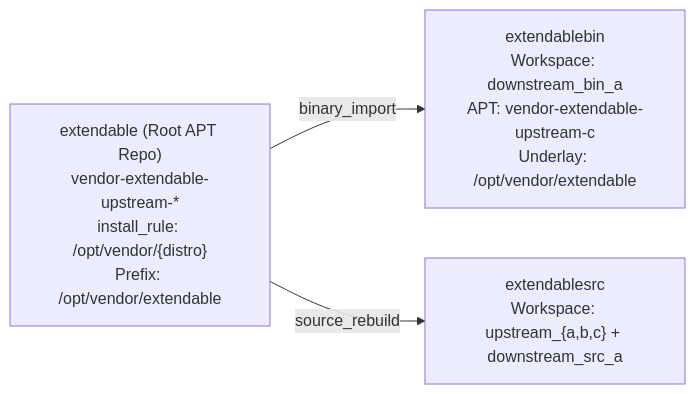
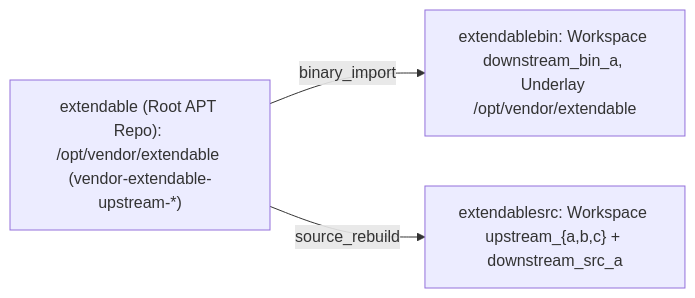
One commit to KmoM88/rep159-testing changed the fourth of 8 diagrams in TOPOLOGICAL_TESTING_EVIDENCE_GIST.md. Above: the diagram before and after it, drawn with Mermaid. The commit also changed other lines of this file and 15 other files, not shown here.

Commit message:
Consolidate Stage 1-6 docs in roadmap/ with Mermaid core vs testbed diagrams, update rollout/PR plans, and sync Gist

````diff
--- a/TOPOLOGICAL_TESTING_EVIDENCE_GIST.md
+++ b/TOPOLOGICAL_TESTING_EVIDENCE_GIST.md
@@ -121,5 +155,5 @@
 ```mermaid
-graph LR
-    E1["extendable (Root APT Repo)<br/>vendor-extendable-upstream-*<br/>install_rule: /opt/vendor/{distro}<br/>Prefix: /opt/vendor/extendable"] -->|binary_import| EB1["extendablebin<br/>Workspace: downstream_bin_a<br/>APT: vendor-extendable-upstream-c<br/>Underlay: /opt/vendor/extendable"]
-    E1 -->|source_rebuild| ES1["extendablesrc<br/>Workspace: upstream_{a,b,c} + downstream_src_a"]
+flowchart LR
+    E1["extendable (Root APT Repo): /opt/vendor/extendable (vendor-extendable-upstream-*)"] -->|binary_import| EB1["extendablebin: Workspace downstream_bin_a, Underlay /opt/vendor/extendable"]
+    E1 -->|source_rebuild| ES1["extendablesrc: Workspace upstream_{a,b,c} + downstream_src_a"]
 ```
````
